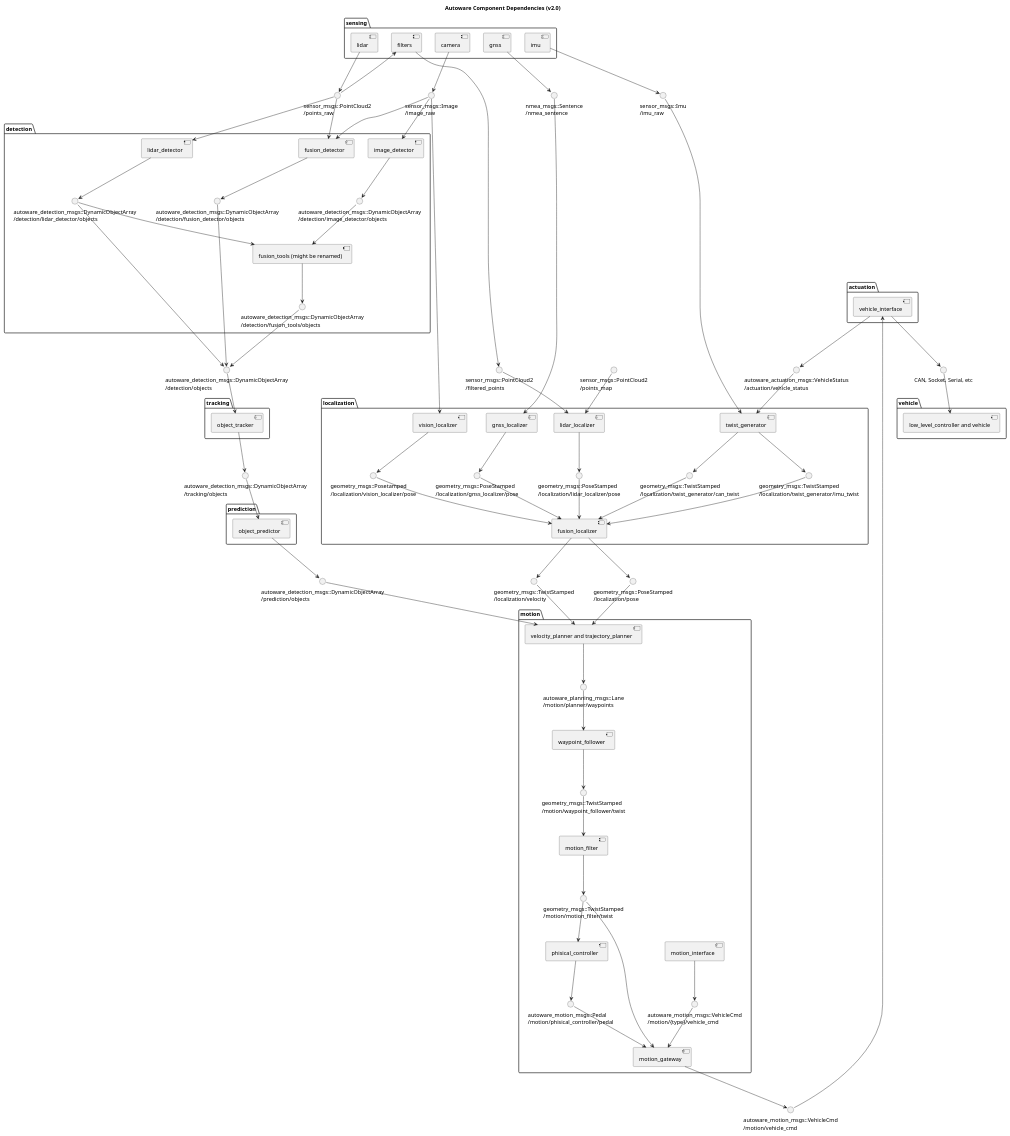
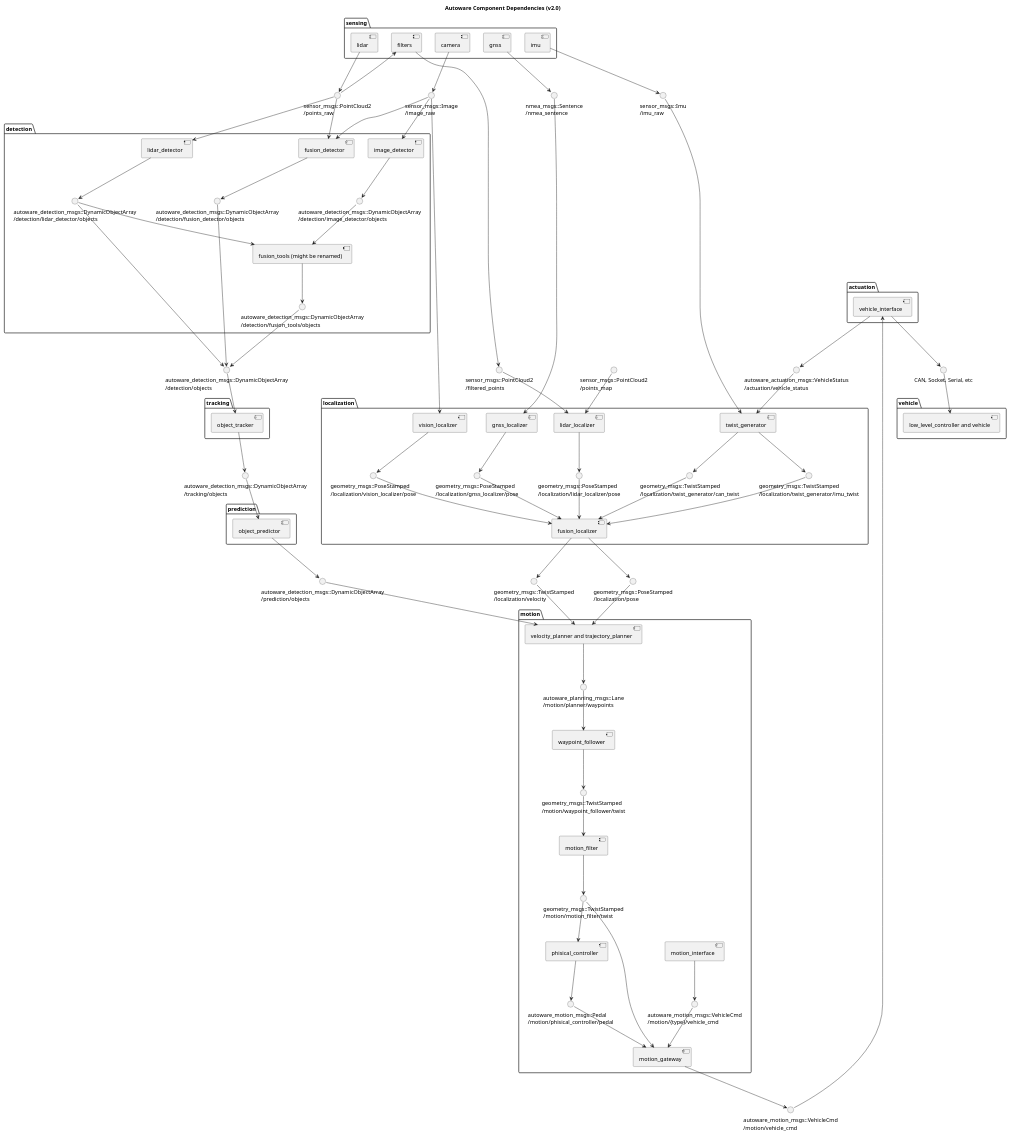
Before and after one commit to beenfhb/autoware: the diagram in docs/architecture/ComponentDiagram.pu, drawn with PlantUML.

Commit message:
Fix Posetamped -> PoseStamped

```diff
--- a/docs/architecture/ComponentDiagram.pu
+++ b/docs/architecture/ComponentDiagram.pu
@@ -115,7 +115,7 @@
 folder localization {
     () "geometry_msgs::PoseStamped\n/localization/gnss_localizer/pose" as gnss_pose
     () "geometry_msgs::PoseStamped\n/localization/lidar_localizer/pose" as ndt_pose
-    () "geometry_msgs::Posetamped\n/localization/vision_localizer/pose" as vision_pose
+    () "geometry_msgs::PoseStamped\n/localization/vision_localizer/pose" as vision_pose
     () "geometry_msgs::TwistStamped\n/localization/twist_generator/can_twist" as can_twist
     () "geometry_msgs::TwistStamped\n/localization/twist_generator/imu_twist" as imu_twist
 
```
